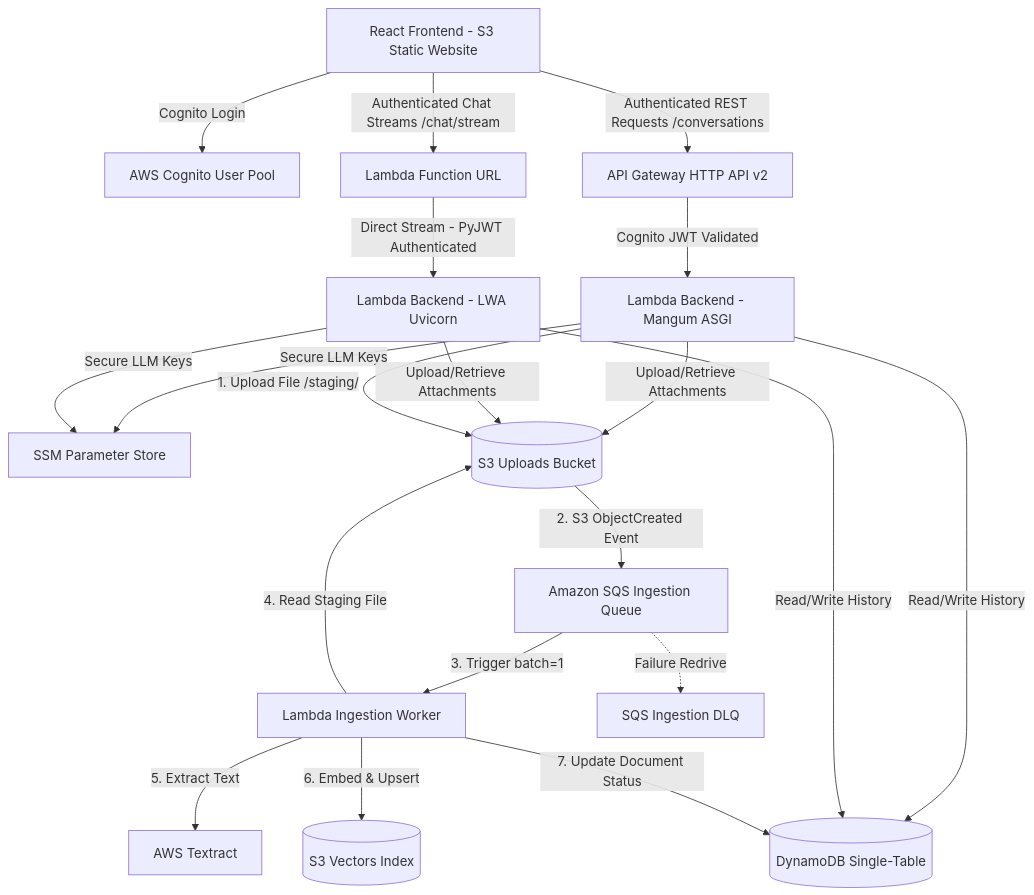
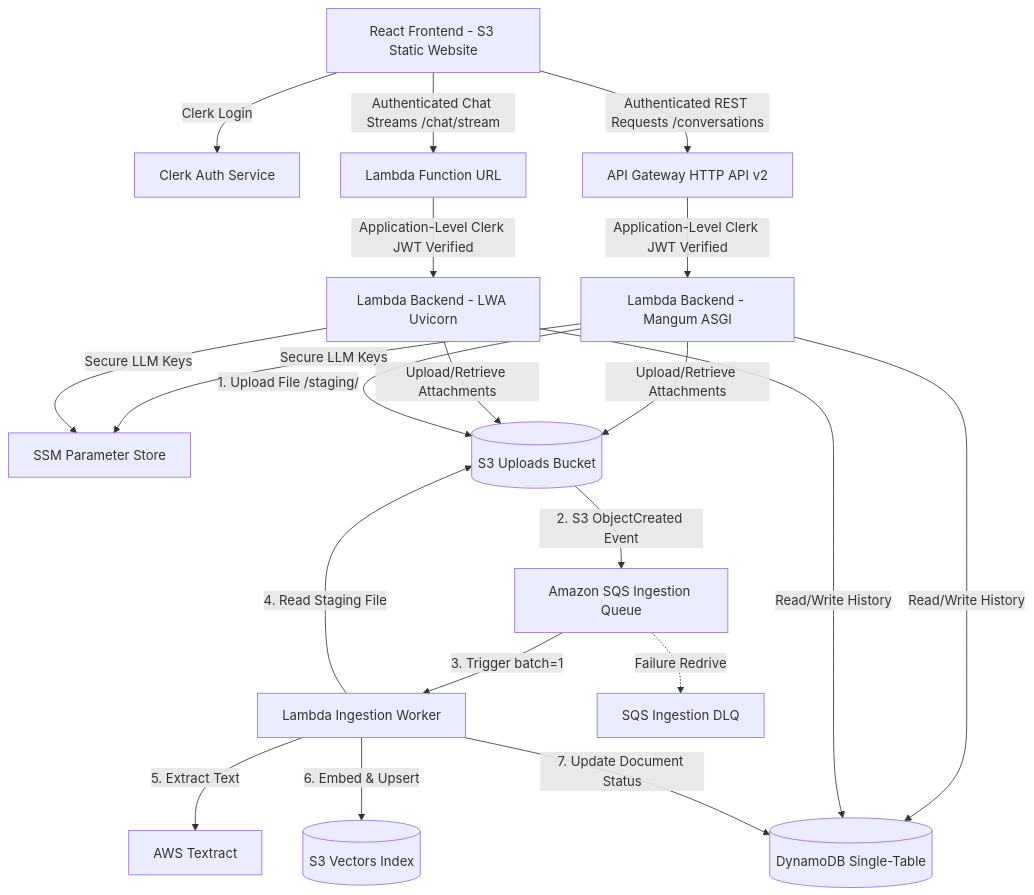
Before and after one commit to Hari31416/chatbot-aws: the diagram in docs/AWS_SAM_TEMPLATE_ANALYSIS.md, drawn with Mermaid. The commit also changed other lines of this file and 2 other files, not shown here.

First line of the commit message:
Refactor architecture docs to update auth method, enhance vector indexing details

````diff
--- a/docs/AWS_SAM_TEMPLATE_ANALYSIS.md
+++ b/docs/AWS_SAM_TEMPLATE_ANALYSIS.md
@@ -21,22 +21,22 @@
 ```mermaid
 graph TD
-    Client[React Frontend - S3 Static Website] -->|Cognito Login| Cognito[AWS Cognito User Pool]
+    Client[React Frontend - S3 Static Website] -->|Clerk Login| Clerk[Clerk Auth Service]
     Client -->|Authenticated REST Requests /conversations| APIGateway[API Gateway HTTP API v2]
-    APIGateway -->|Cognito JWT Validated| LambdaRest[Lambda Backend - Mangum ASGI]
+    APIGateway -->|Application-Level Clerk JWT Verified| LambdaRest[Lambda Backend - Mangum ASGI]
     Client -->|Authenticated Chat Streams /chat/stream| FURL[Lambda Function URL]
-    FURL -->|Direct Stream - PyJWT Authenticated| LambdaStream[Lambda Backend - LWA Uvicorn]
+    FURL -->|Application-Level Clerk JWT Verified| LambdaStream[Lambda Backend - LWA Uvicorn]
 
     LambdaRest & LambdaStream -->|Read/Write History| DynamoDB[(DynamoDB Single-Table)]
     LambdaRest & LambdaStream -->|Secure LLM Keys| SSM[SSM Parameter Store]
     LambdaRest & LambdaStream -->|Upload/Retrieve Attachments| S3Uploads[(S3 Uploads Bucket)]
 
     %% Asynchronous Ingestion Flow
     LambdaRest -->|1. Upload File /staging/| S3Uploads
     S3Uploads -->|2. S3 ObjectCreated Event| SQS[Amazon SQS Ingestion Queue]
     SQS -->|3. Trigger batch=1| Worker[Lambda Ingestion Worker]
     Worker -->|4. Read Staging File| S3Uploads
     Worker -->|5. Extract Text| Textract[AWS Textract]
     Worker -->|6. Embed & Upsert| VS[(S3 Vectors Index)]
     Worker -->|7. Update Document Status| DynamoDB
     SQS -.->|Failure Redrive| DLQ[SQS Ingestion DLQ]
 ```
````
